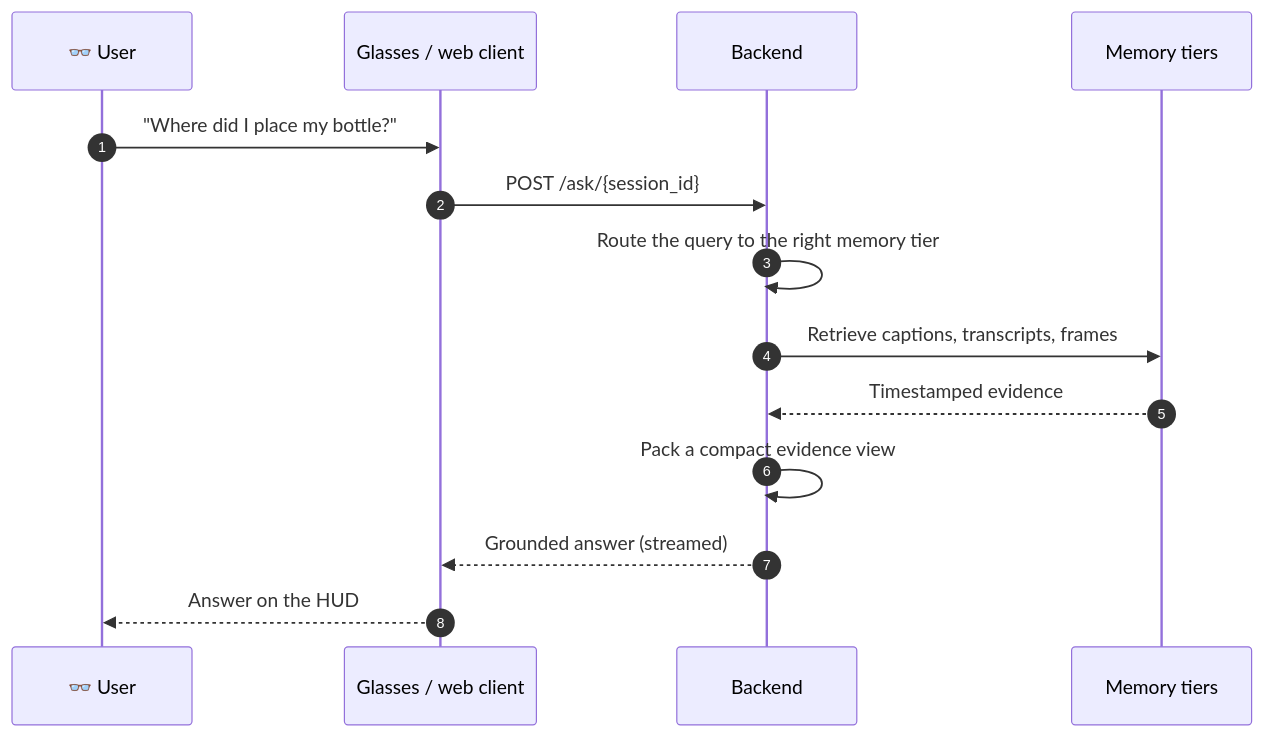
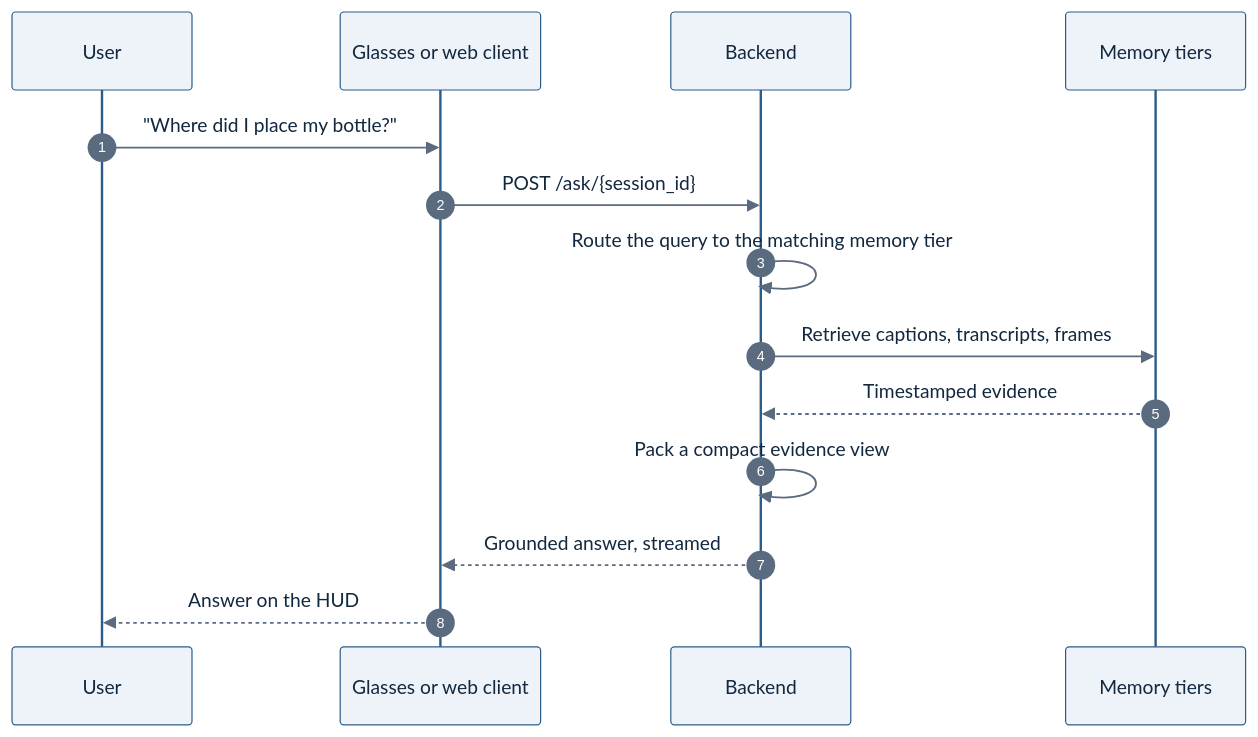
The second of 2 diagrams in README.md (birhantprkc/LightMem-Ego), drawn with Mermaid before and after one commit. The commit also changed other lines of this file and 2 other files, not shown here.

````diff
--- a/README.md
+++ b/README.md
@@ -317,17 +325,18 @@
 ```mermaid
+%%{init: {"theme":"base","themeVariables":{"fontFamily":"Helvetica, Arial, sans-serif","fontSize":"13px","lineColor":"#8593A5","actorBkg":"#EEF3F9","actorBorder":"#2C5C8A","actorTextColor":"#12283F","signalColor":"#5B6B7F","signalTextColor":"#12283F","sequenceNumberColor":"#FFFFFF"}}}%%
 sequenceDiagram
     autonumber
-    participant U as 👓 User
-    participant A as Glasses / web client
+    participant U as User
+    participant C as Glasses or web client
     participant B as Backend
     participant M as Memory tiers
 
-    U->>A: "Where did I place my bottle?"
-    A->>B: POST /ask/{session_id}
-    B->>B: Route the query to the right memory tier
+    U->>C: "Where did I place my bottle?"
+    C->>B: POST /ask/{session_id}
+    B->>B: Route the query to the matching memory tier
     B->>M: Retrieve captions, transcripts, frames
     M-->>B: Timestamped evidence
     B->>B: Pack a compact evidence view
-    B-->>A: Grounded answer (streamed)
-    A-->>U: Answer on the HUD
+    B-->>C: Grounded answer, streamed
+    C-->>U: Answer on the HUD
 ```
````
